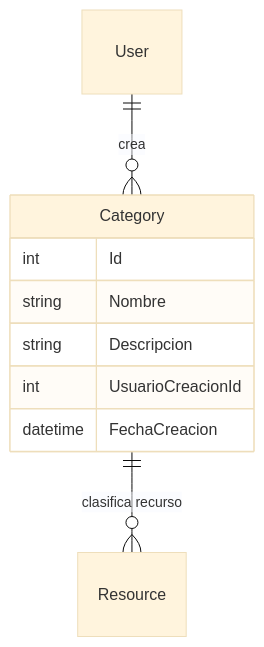
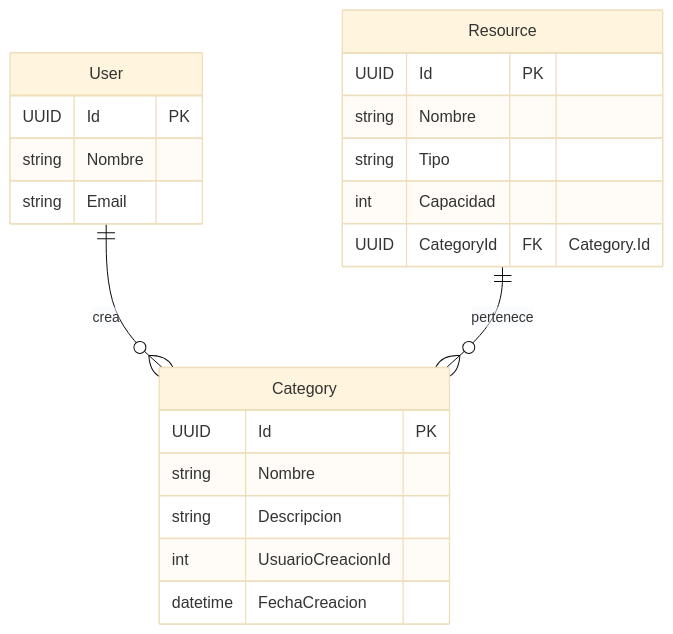
The diagram in docs/backend/models-domain/category.md (jose-angell/EventResourceReservationAppDocs), drawn with Mermaid (base theme) before and after one commit. The commit also changed other lines of this file and 6 other files, not shown here.

````diff
--- a/docs/backend/models-domain/category.md
+++ b/docs/backend/models-domain/category.md
@@ -16,13 +35,25 @@
 ```mermaid
 erDiagram
+    Resource {
+        UUID Id PK
+        string Nombre
+        string Tipo
+        int Capacidad
+        UUID CategoryId FK "Category.Id"
+    }
     Category {
-        int Id
+        UUID Id PK
         string Nombre
         string Descripcion
         int UsuarioCreacionId
         datetime FechaCreacion
     }
+    User {
+        UUID Id PK
+        string Nombre
+        string Email
+    }
 
     User ||--o{ Category : "crea"
-    Category ||--o{ Resource : "clasifica recurso"
+    Resource ||--o{ Category : "pertenece"
 ```
````
